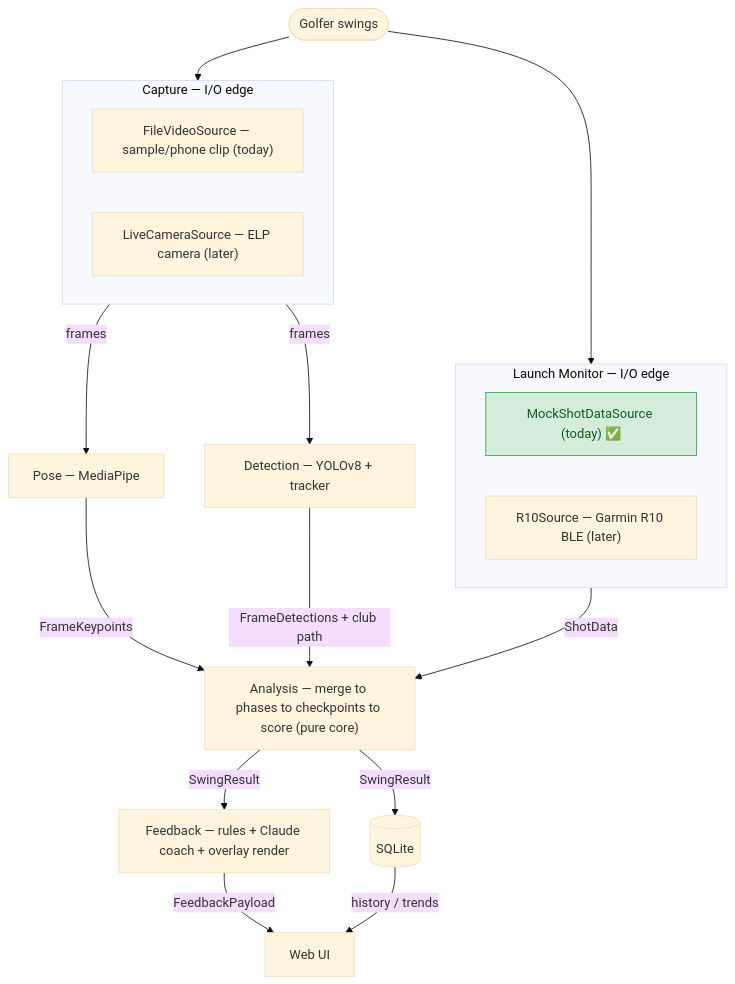
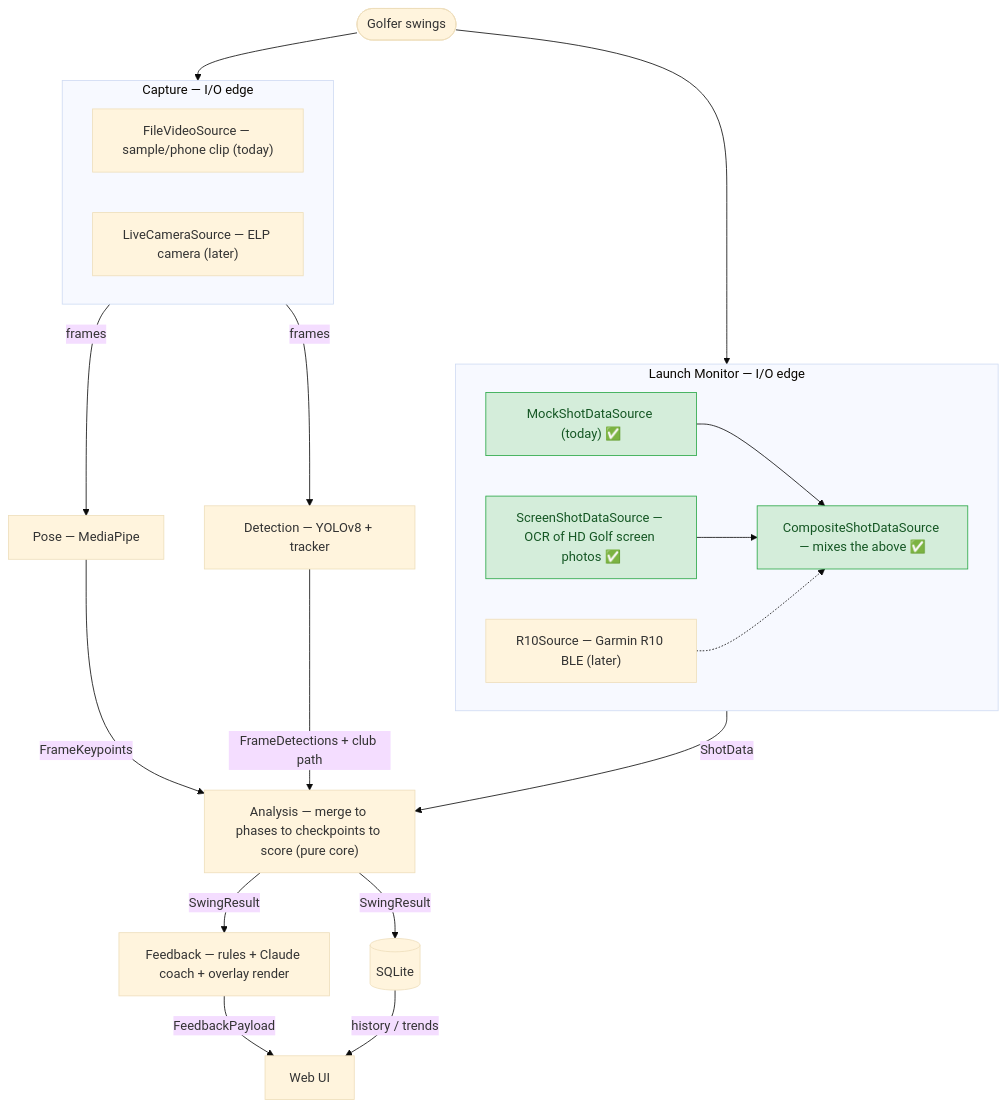
Before and after one commit to MildTreeRat/golf-coach: the first of 4 diagrams in docs/FLOW.md, drawn with Mermaid (base theme). The commit also changed other lines of this file and 43 other files, not shown here.

````diff
--- a/docs/FLOW.md
+++ b/docs/FLOW.md
@@ -22,36 +22,41 @@
 ```mermaid
 flowchart TD
     User([Golfer swings])
 
     subgraph CAP["Capture — I/O edge"]
         FSRC["FileVideoSource — sample/phone clip (today)"]
         CSRC["LiveCameraSource — ELP camera (later)"]
     end
 
     subgraph LM["Launch Monitor — I/O edge"]
         MOCK["MockShotDataSource (today) ✅"]
+        SCR["ScreenShotDataSource — OCR of HD Golf screen photos ✅"]
         R10["R10Source — Garmin R10 BLE (later)"]
+        COMP["CompositeShotDataSource — mixes the above ✅"]
+        MOCK --> COMP
+        SCR --> COMP
+        R10 -.-> COMP
     end
 
     POSE["Pose — MediaPipe"]
     DET["Detection — YOLOv8 + tracker"]
     ANA["Analysis — merge to phases to checkpoints to score (pure core)"]
     FB["Feedback — rules + Claude coach + overlay render"]
     UI["Web UI"]
     DB[(SQLite)]
 
     User --> CAP
     User --> LM
     CAP -->|frames| POSE
     CAP -->|frames| DET
     POSE -->|FrameKeypoints| ANA
     DET -->|FrameDetections + club path| ANA
     LM -->|ShotData| ANA
     ANA -->|SwingResult| FB
     ANA -->|SwingResult| DB
     FB -->|FeedbackPayload| UI
     DB -->|history / trends| UI
 
     classDef built fill:#d4edda,stroke:#28a745,color:#155724;
-    class MOCK built;
+    class MOCK,SCR,COMP built;
 ```
````
